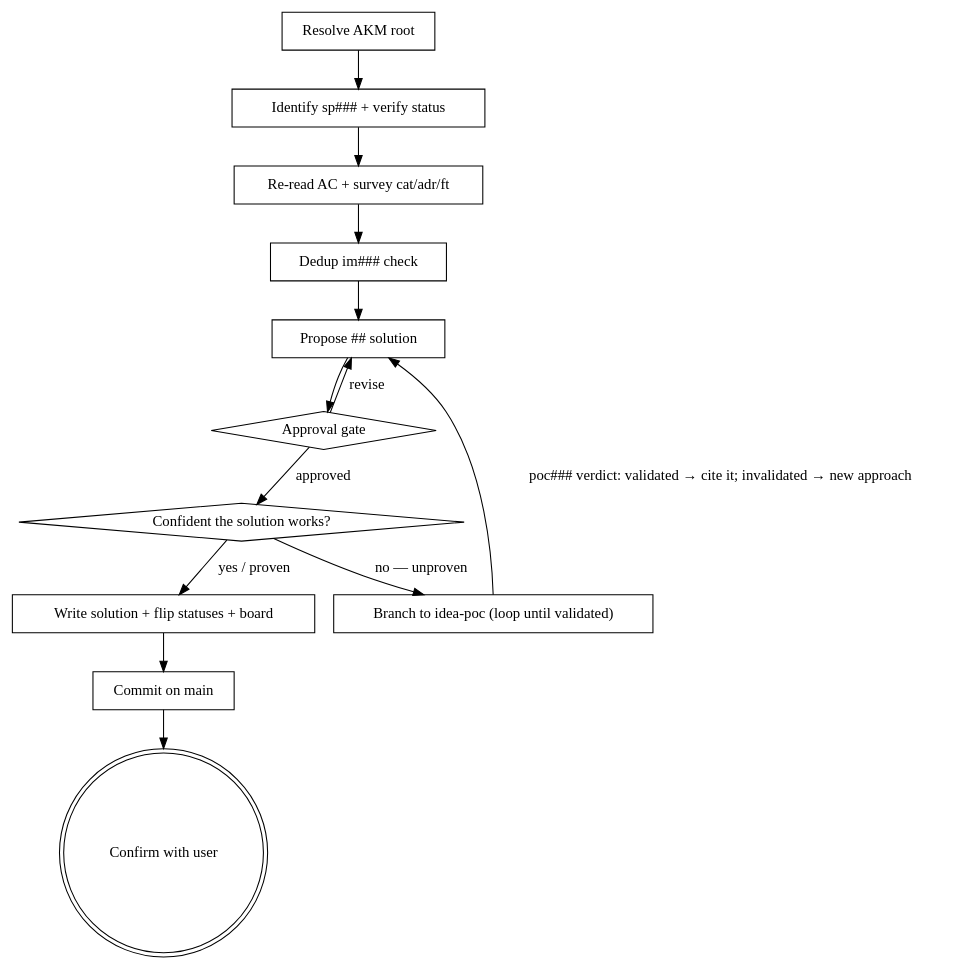
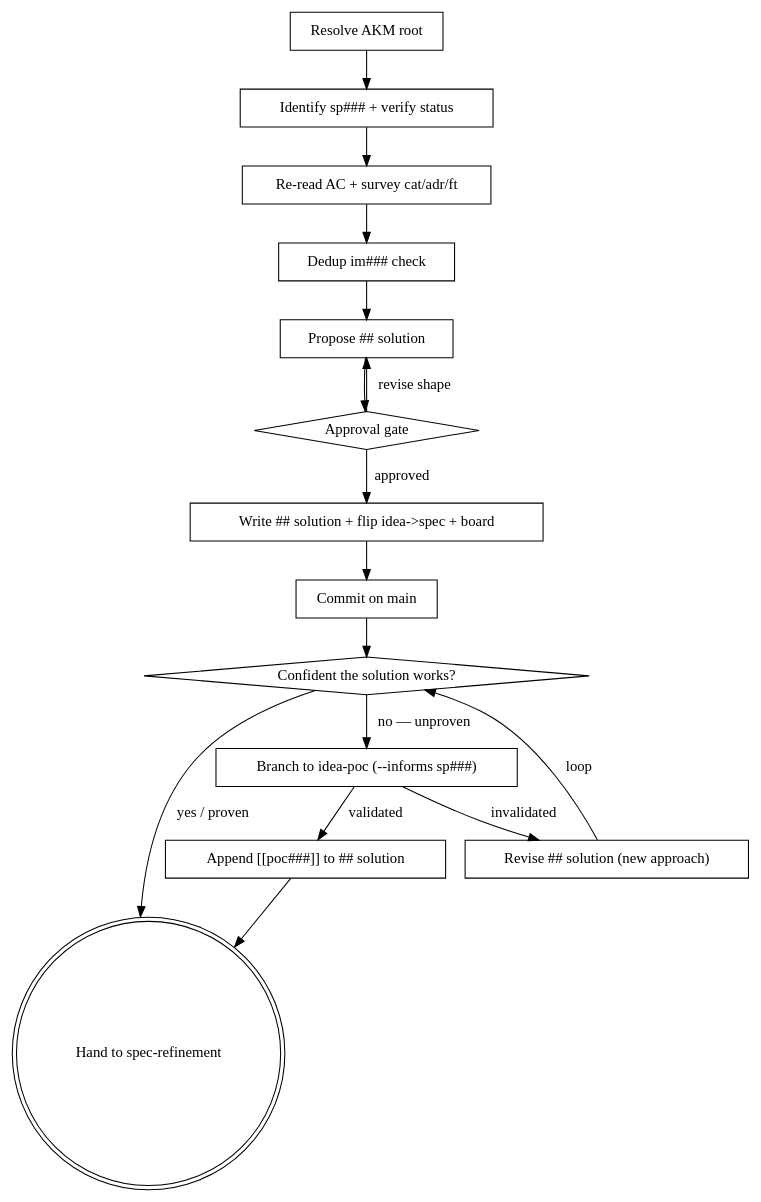
The diagram in claude/marketplace/plugins/infinifu/skills/spec-writing/SKILL.md (b3tchi/dotfiles), drawn with Graphviz before and after one commit. The commit also changed other lines of this file and 2 other files, not shown here.

````diff
--- a/claude/marketplace/plugins/infinifu/skills/spec-writing/SKILL.md
+++ b/claude/marketplace/plugins/infinifu/skills/spec-writing/SKILL.md
@@ -59,28 +59,33 @@
 ```dot
 digraph spec_writing {
     "Resolve AKM root" [shape=box];
     "Identify sp### + verify status" [shape=box];
     "Re-read AC + survey cat/adr/ft" [shape=box];
     "Dedup im### check" [shape=box];
     "Propose ## solution" [shape=box];
     "Approval gate" [shape=diamond];
+    "Write ## solution + flip idea->spec + board" [shape=box];
+    "Commit on main" [shape=box];
     "Confident the solution works?" [shape=diamond];
-    "Branch to idea-poc (loop until validated)" [shape=box];
-    "Write solution + flip statuses + board" [shape=box];
-    "Commit on main" [shape=box];
-    "Confirm with user" [shape=doublecircle];
+    "Branch to idea-poc (--informs sp###)" [shape=box];
+    "Append [[poc###]] to ## solution" [shape=box];
+    "Revise ## solution (new approach)" [shape=box];
+    "Hand to spec-refinement" [shape=doublecircle];
 
     "Resolve AKM root" -> "Identify sp### + verify status";
     "Identify sp### + verify status" -> "Re-read AC + survey cat/adr/ft";
     "Re-read AC + survey cat/adr/ft" -> "Dedup im### check";
     "Dedup im### check" -> "Propose ## solution";
     "Propose ## solution" -> "Approval gate";
-    "Approval gate" -> "Propose ## solution" [label="revise"];
-    "Approval gate" -> "Confident the solution works?" [label="approved"];
-    "Confident the solution works?" -> "Branch to idea-poc (loop until validated)" [label="no — unproven"];
-    "Confident the solution works?" -> "Write solution + flip statuses + board" [label="yes / proven"];
-    "Branch to idea-poc (loop until validated)" -> "Propose ## solution" [label="poc### verdict: validated → cite it; invalidated → new approach"];
-    "Write solution + flip statuses + board" -> "Commit on main";
-    "Commit on main" -> "Confirm with user";
+    "Approval gate" -> "Propose ## solution" [label="revise shape"];
+    "Approval gate" -> "Write ## solution + flip idea->spec + board" [label="approved"];
+    "Write ## solution + flip idea->spec + board" -> "Commit on main";
+    "Commit on main" -> "Confident the solution works?";
+    "Confident the solution works?" -> "Hand to spec-refinement" [label="yes / proven"];
+    "Confident the solution works?" -> "Branch to idea-poc (--informs sp###)" [label="no — unproven"];
+    "Branch to idea-poc (--informs sp###)" -> "Append [[poc###]] to ## solution" [label="validated"];
+    "Branch to idea-poc (--informs sp###)" -> "Revise ## solution (new approach)" [label="invalidated"];
+    "Append [[poc###]] to ## solution" -> "Hand to spec-refinement";
+    "Revise ## solution (new approach)" -> "Confident the solution works?" [label="loop"];
 }
 ```
````
